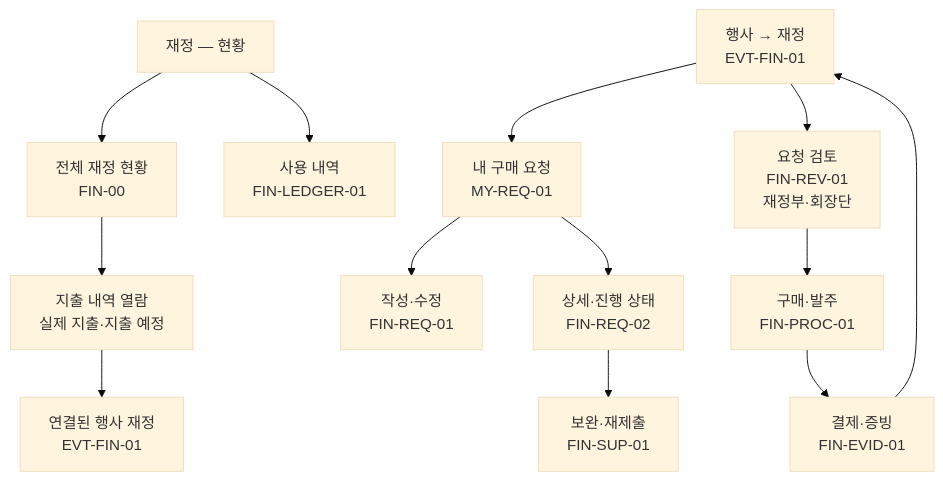
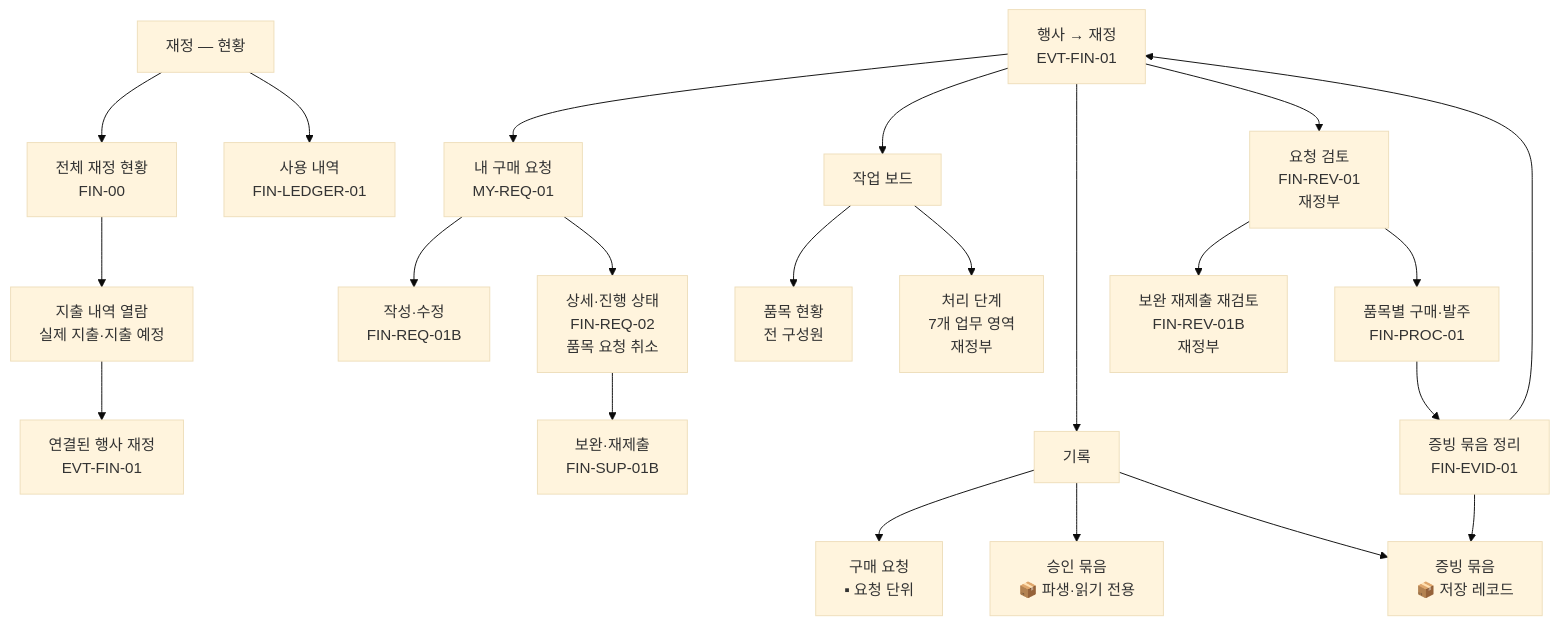
The third of 4 diagrams in docs/VADA_MENU_STRUCTURE.md (vada-hq/vada), drawn with Mermaid (base theme) before and after one commit. The commit also changed other lines of this file and 14 other files, not shown here.

Commit message:
Update VADA finance flows and current wireframe

````diff
--- a/docs/VADA_MENU_STRUCTURE.md
+++ b/docs/VADA_MENU_STRUCTURE.md
@@ -210,18 +210,27 @@
 ```mermaid
 flowchart TB
     F["재정 — 현황"]
     F --> B["전체 재정 현황<br/>FIN-00"]
     F --> L["사용 내역<br/>FIN-LEDGER-01"]
 
     B --> B1["지출 내역 열람<br/>실제 지출·지출 예정"]
     B1 --> EFV["연결된 행사 재정<br/>EVT-FIN-01"]
 
     EF["행사 → 재정<br/>EVT-FIN-01"] --> MR["내 구매 요청<br/>MY-REQ-01"]
-    MR --> C["작성·수정<br/>FIN-REQ-01"]
-    MR --> D["상세·진행 상태<br/>FIN-REQ-02"]
-    D --> S["보완·재제출<br/>FIN-SUP-01"]
-    EF --> V["요청 검토<br/>FIN-REV-01<br/>재정부·회장단"]
-    V --> P["구매·발주<br/>FIN-PROC-01"]
-    P --> E["결제·증빙<br/>FIN-EVID-01"]
+    EF --> WB["작업 보드"]
+    WB --> IS["품목 현황<br/>전 구성원"]
+    WB --> WQ["처리 단계<br/>7개 업무 영역<br/>재정부"]
+    EF --> REC["기록"]
+    REC --> RQ["구매 요청<br/>▪ 요청 단위"]
+    REC --> AB["승인 묶음<br/>📦 파생·읽기 전용"]
+    REC --> EB["증빙 묶음<br/>📦 저장 레코드"]
+    MR --> C["작성·수정<br/>FIN-REQ-01B"]
+    MR --> D["상세·진행 상태<br/>FIN-REQ-02<br/>품목 요청 취소"]
+    D --> S["보완·재제출<br/>FIN-SUP-01B"]
+    EF --> V["요청 검토<br/>FIN-REV-01<br/>재정부"]
+    V --> VR["보완 재제출 재검토<br/>FIN-REV-01B<br/>재정부"]
+    V --> P["품목별 구매·발주<br/>FIN-PROC-01"]
+    P --> E["증빙 묶음 정리<br/>FIN-EVID-01"]
+    E --> EB
     E --> EF
 ```
````
